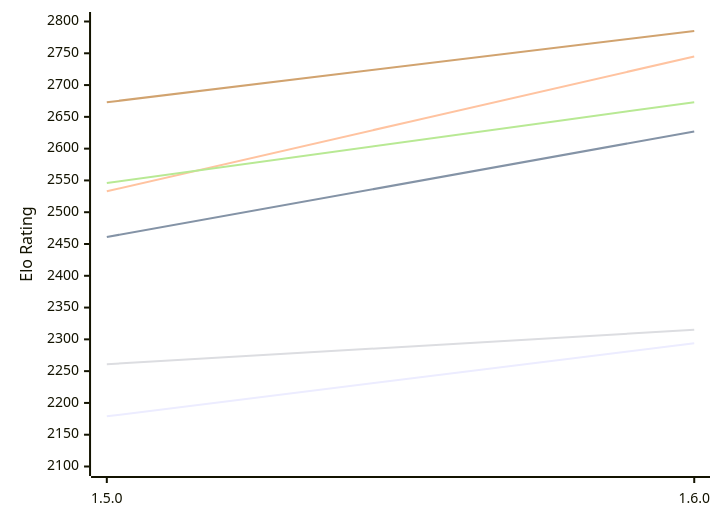
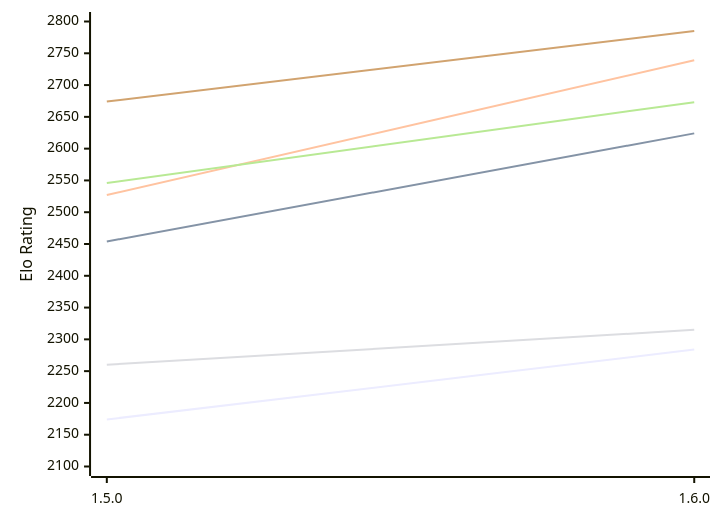
Before and after one commit to computer-chess-index/cci: the first of 2 diagrams in engines/Tofiks.md, drawn with Mermaid. The commit also changed other lines of this file, not shown here.

Commit message:
Update CCI Ratings (ELO VLTC) - 2026-11-09

````diff
--- a/engines/Tofiks.md
+++ b/engines/Tofiks.md
@@ -51,12 +51,12 @@
 ```mermaid
 %%{init: {"theme":"base","themeVariables":{"seriesColors:['#a3a3a3','#222221','#faa371']}}}%%
 xychart-beta
   x-axis ["1.5.0", "1.6.0"]
   y-axis "Elo Rating" 2100 --> 2800
-  line "E1: STC (8.0+0.08s)" [2179, 2294]
-  line "E1: LTC (60.0+0.60s)" [2461, 2627]
-  line "E1: VLTC (2m24s+1.12s)" [2533, 2745]
-  line "P1: STC (8.0+0.08s)" [2261, 2315]
+  line "E1: STC (8.0+0.08s)" [2174, 2284]
+  line "E1: LTC (60.0+0.60s)" [2454, 2624]
+  line "E1: VLTC (2m24s+1.12s)" [2527, 2739]
+  line "P1: STC (8.0+0.08s)" [2260, 2315]
   line "P1: LTC (60.0+0.60s)" [2546, 2673]
-  line "P1: VLTC (2m24s+1.12s)" [2673, 2785]
+  line "P1: VLTC (2m24s+1.12s)" [2674, 2785]
 ```
````
